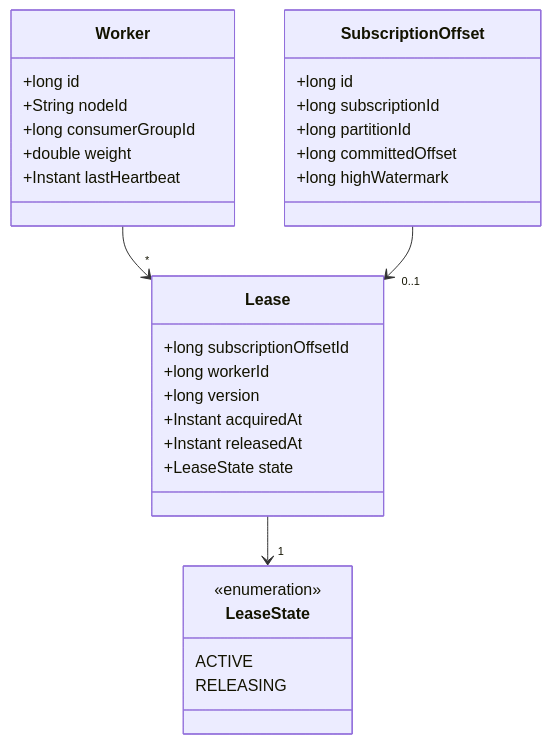
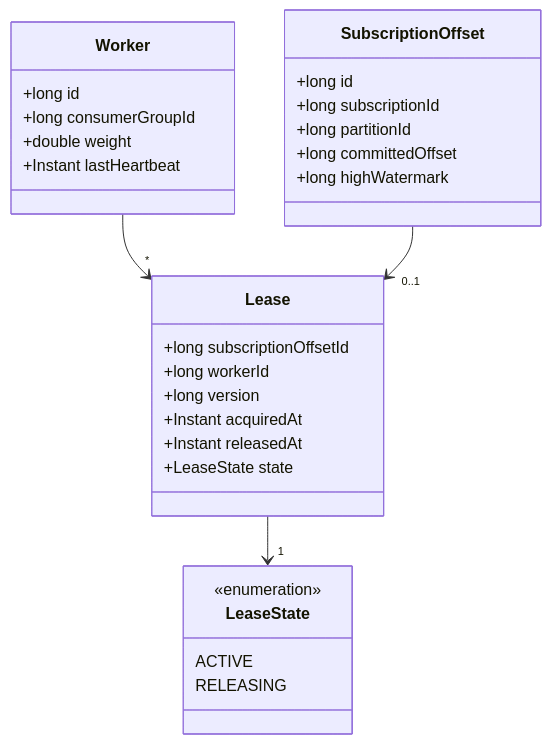
Before and after one commit to rbilleci/boxy: the second of 3 diagrams in README.md, drawn with Mermaid. The commit also changed other lines of this file and 18 other files, not shown here.

````diff
--- a/README.md
+++ b/README.md
@@ -109,33 +109,32 @@
 ```mermaid
 classDiagram
     class Worker {
         +long id
-        +String nodeId
         +long consumerGroupId
         +double weight
         +Instant lastHeartbeat
     }
     class SubscriptionOffset {
         +long id
         +long subscriptionId
         +long partitionId
         +long committedOffset
         +long highWatermark
     }
     class Lease {
         +long subscriptionOffsetId
         +long workerId
         +long version
         +Instant acquiredAt
         +Instant releasedAt
         +LeaseState state
     }
     class LeaseState {
         <<enumeration>>
         ACTIVE
         RELEASING
     }
     Worker --> "*" Lease
     SubscriptionOffset --> "0..1" Lease
     Lease --> "1" LeaseState
 ```
````
